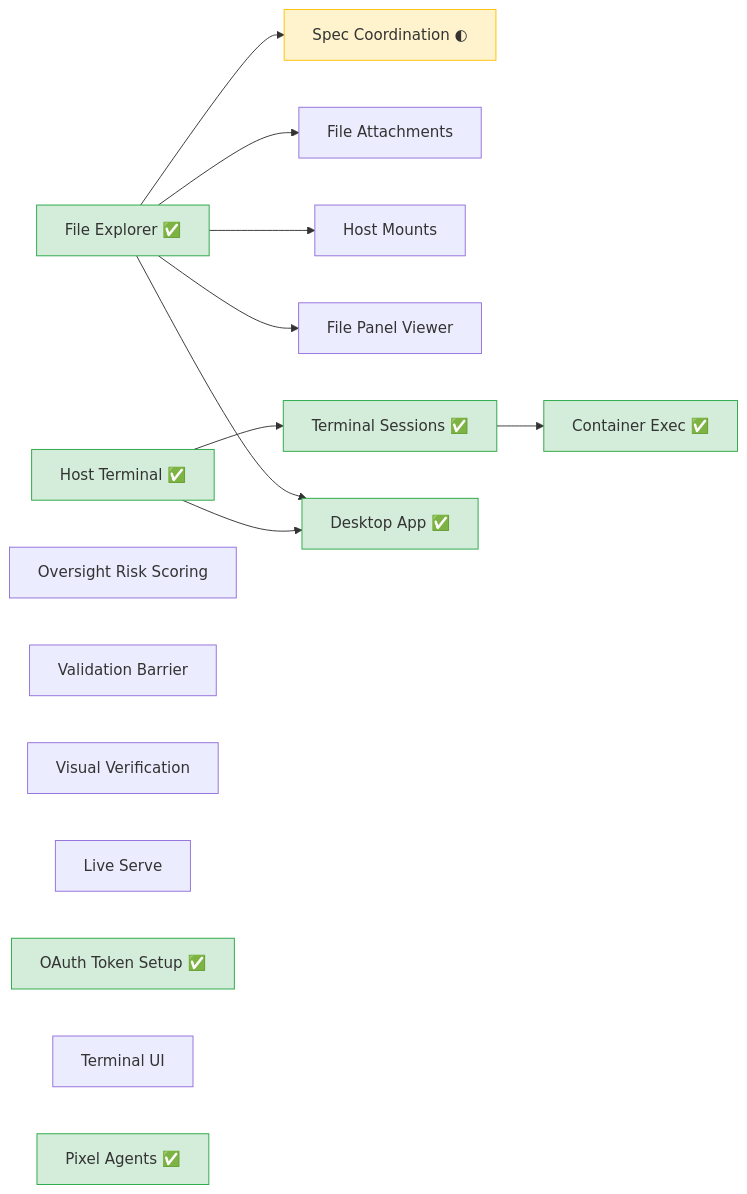
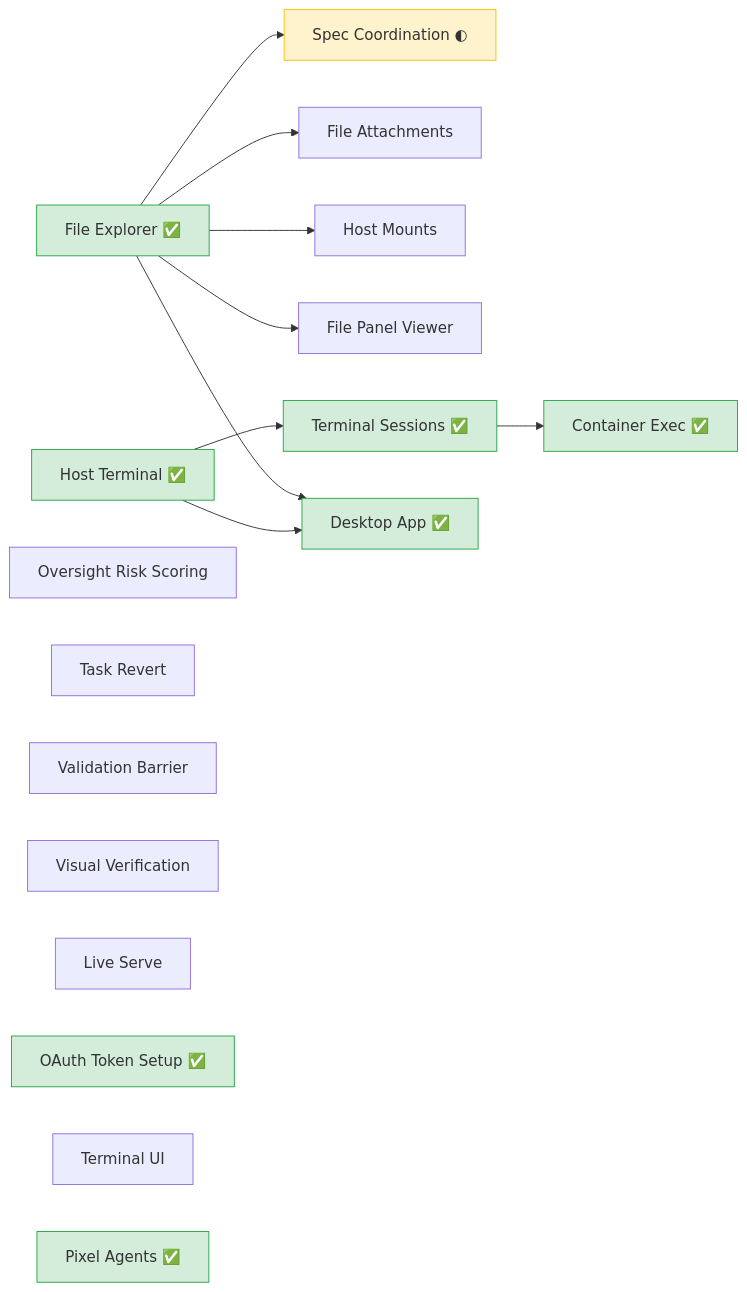
The first of 3 diagrams in specs/README.md (changkun/wallfacer), drawn with Mermaid before and after one commit. The commit also changed other lines of this file and 1 other file, not shown here.

Commit message:
specs: add task revert spec (agent-assisted undo of merged changes)

````diff
--- a/specs/README.md
+++ b/specs/README.md
@@ -79,27 +81,28 @@
 ```mermaid
 graph LR
   FE[File Explorer ✅] --> SC[Spec Coordination ◐]
   FE --> FA[File Attachments]
   FE --> HM[Host Mounts]
   FE --> FPV[File Panel Viewer]
   HT[Host Terminal ✅] --> TS[Terminal Sessions ✅] --> CE[Container Exec ✅]
   FE --> DA[Desktop App ✅]
   HT --> DA
 
   ORS[Oversight Risk Scoring]
+  TR[Task Revert]
   VB[Validation Barrier]
   VV[Visual Verification]
   LS[Live Serve]
   OTS[OAuth Token Setup ✅]
   TUI[Terminal UI]
   PA[Pixel Agents ✅]
 
   style FE fill:#d4edda,stroke:#28a745
   style HT fill:#d4edda,stroke:#28a745
   style TS fill:#d4edda,stroke:#28a745
   style CE fill:#d4edda,stroke:#28a745
   style DA fill:#d4edda,stroke:#28a745
   style OTS fill:#d4edda,stroke:#28a745
   style PA fill:#d4edda,stroke:#28a745
   style SC fill:#fff3cd,stroke:#ffc107
 ```
````
